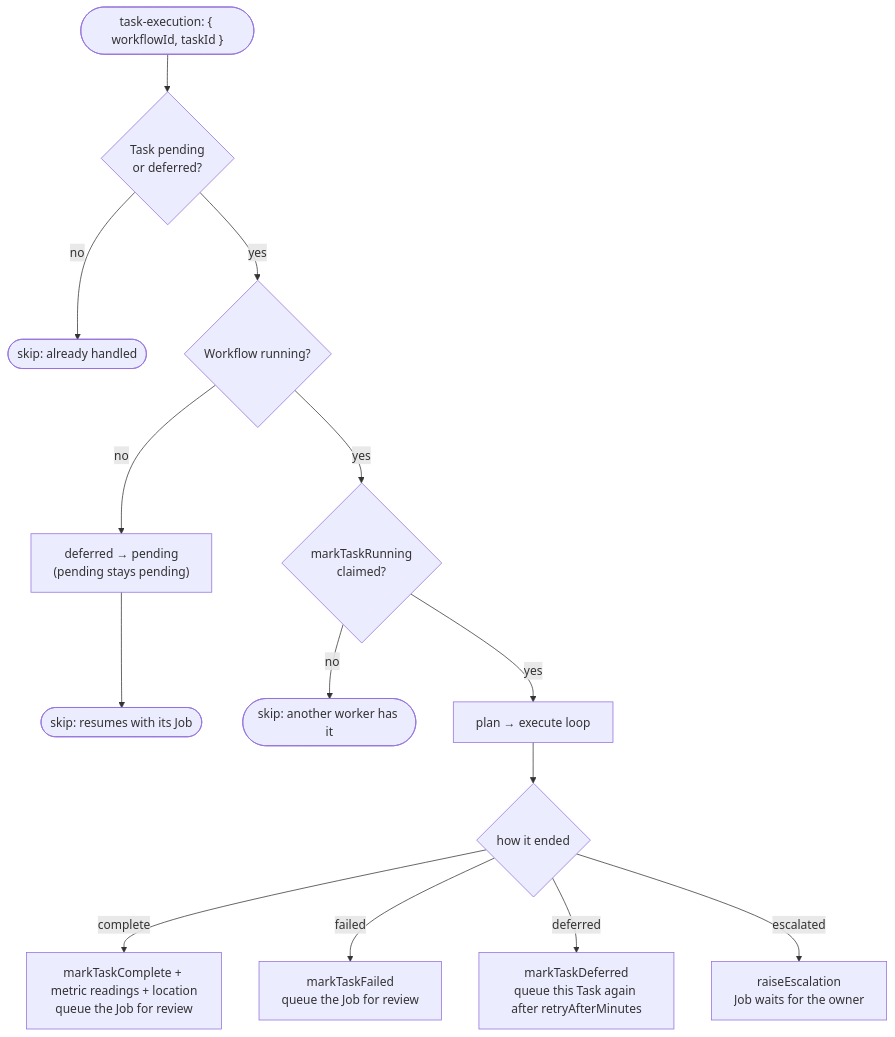
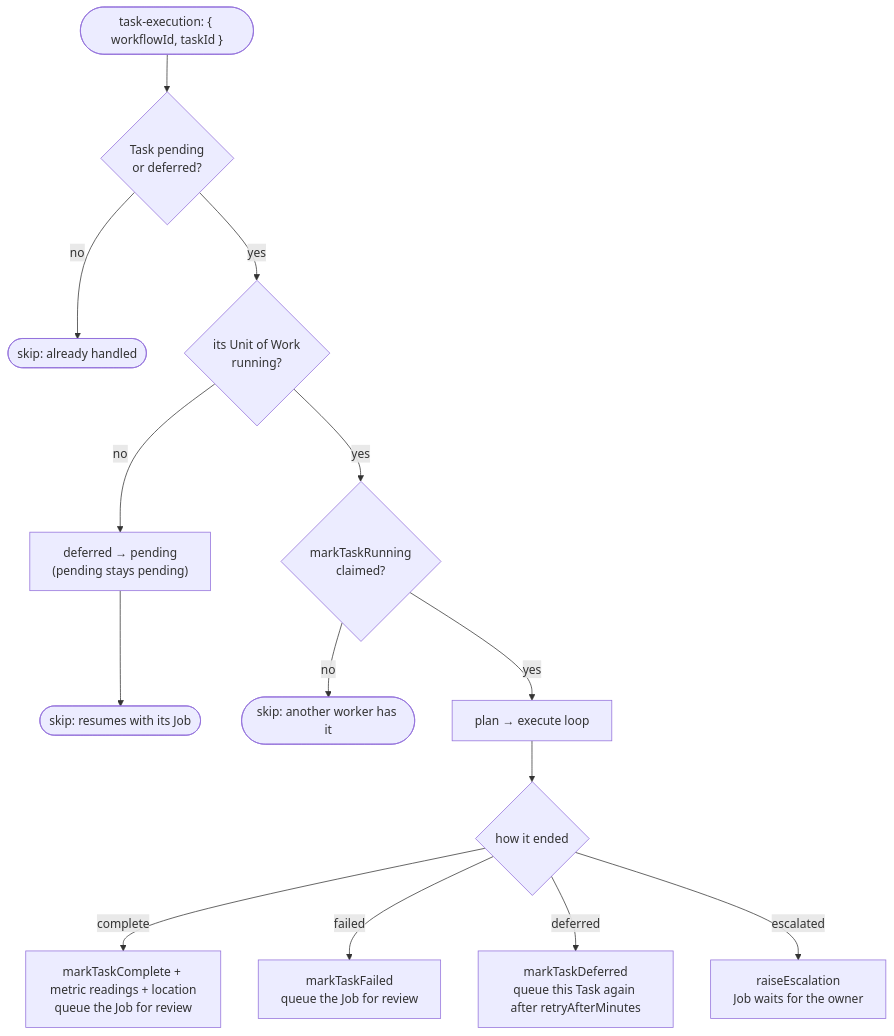
Before and after one commit to BaraaSoft/agentcores: the fourth of 5 diagrams in packages/backend/src/governance/processors/tech-spec.md, drawn with Mermaid. The commit also changed other lines of this file and 37 other files, not shown here.

First line of the commit message:
Add UnitOfWorkState and enhance governance structure for job processing

````diff
--- a/packages/backend/src/governance/processors/tech-spec.md
+++ b/packages/backend/src/governance/processors/tech-spec.md
@@ -255,15 +255,15 @@
 ```mermaid
 flowchart TD
     Start(["task-execution: { workflowId, taskId }"]) --> Status{"Task pending<br/>or deferred?"}
     Status -- no --> Skip(["skip: already handled"])
-    Status -- yes --> Running{"Workflow running?"}
+    Status -- yes --> Running{"its Unit of Work<br/>running?"}
     Running -- no --> Paused["deferred → pending<br/>(pending stays pending)"] --> Skip2(["skip: resumes with its Job"])
     Running -- yes --> Claim{"markTaskRunning<br/>claimed?"}
     Claim -- no --> Skip3(["skip: another worker has it"])
     Claim -- yes --> Loop["plan → execute loop"]
     Loop --> End{"how it ended"}
     End -- complete --> C["markTaskComplete + metric readings + location<br/>queue the Job for review"]
     End -- failed --> F["markTaskFailed<br/>queue the Job for review"]
     End -- deferred --> D["markTaskDeferred<br/>queue this Task again after retryAfterMinutes"]
     End -- escalated --> E["raiseEscalation<br/>Job waits for the owner"]
 ```
````
